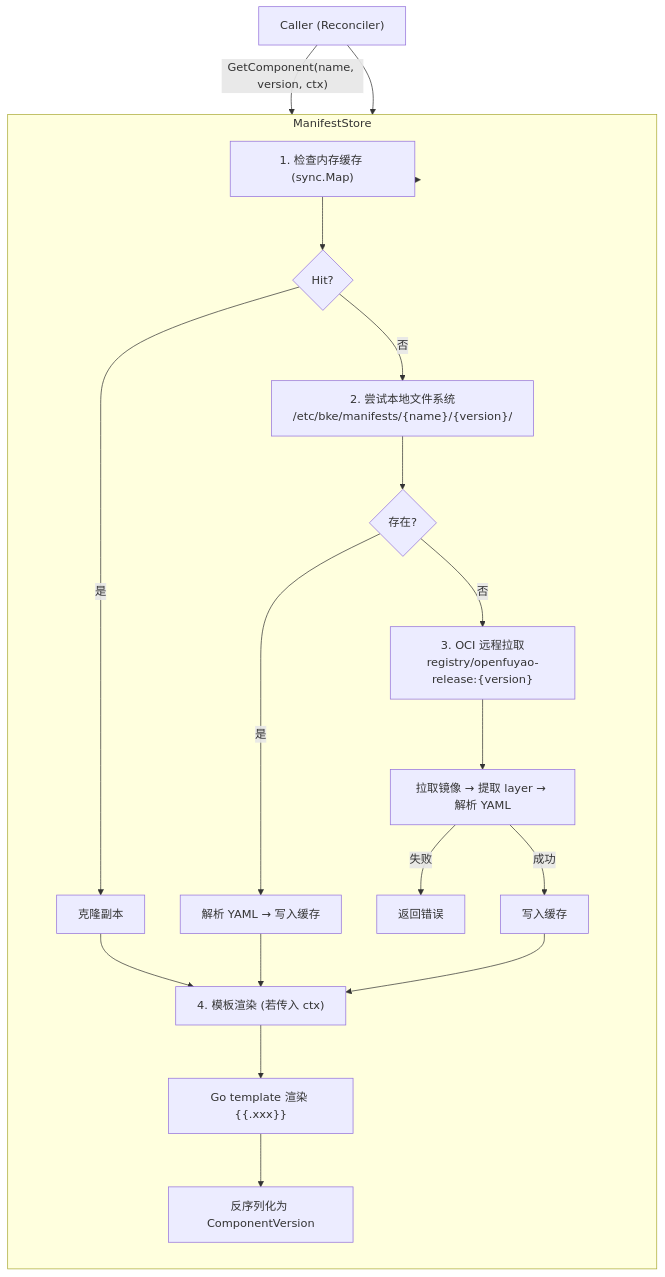
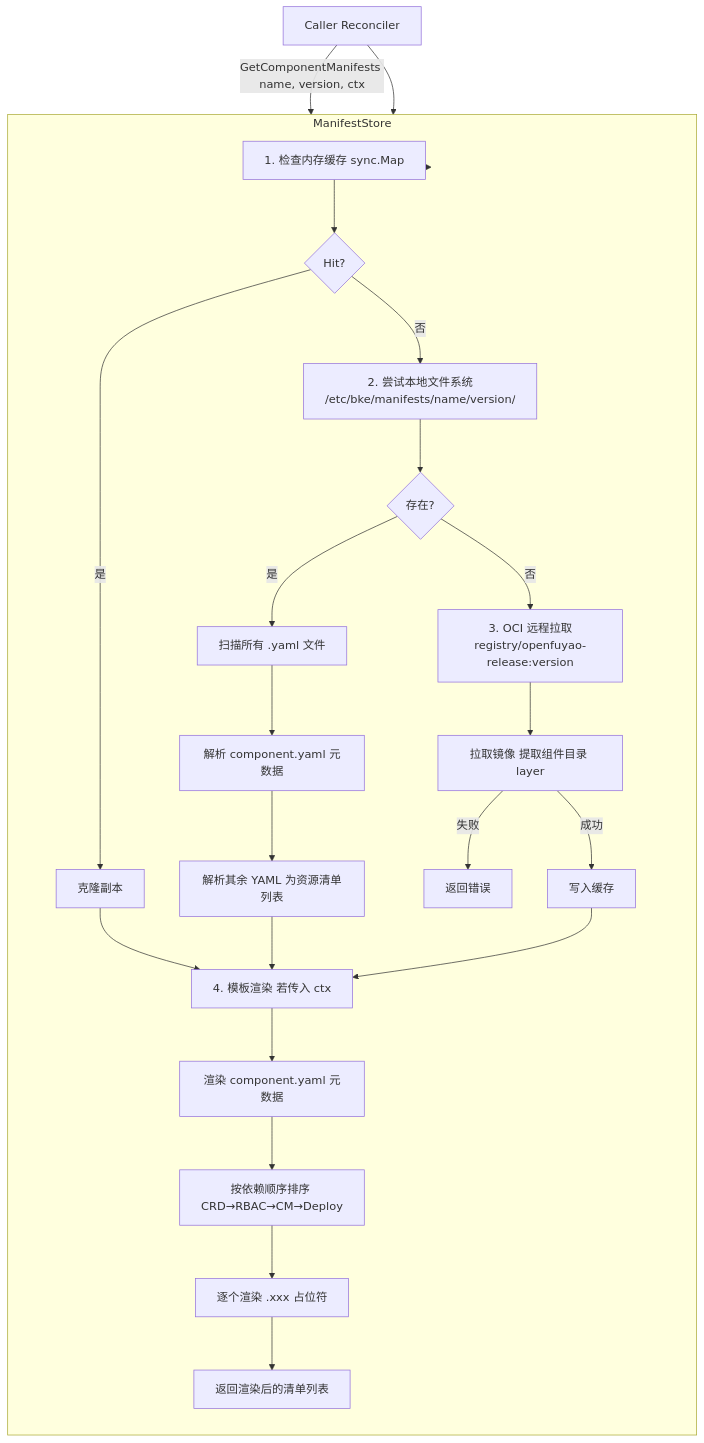
The third of 13 diagrams in code/kep/kep5/kep5-2.md (javadoors/cluster-api-provider-bke), drawn with Mermaid before and after one commit. The commit also changed other lines of this file and 2 other files, not shown here.

Commit message:
manifestStore

````diff
--- a/code/kep/kep5/kep5-2.md
+++ b/code/kep/kep5/kep5-2.md
@@ -585,34 +601,38 @@
 ```mermaid
 flowchart TD
-    Caller["Caller (Reconciler)"] -->|"GetComponent(name, version, ctx)"| MS["ManifestStore"]
+    Caller["Caller Reconciler"] -->|"GetComponentManifests name, version, ctx"| MS["ManifestStore"]
     
     subgraph MS["ManifestStore"]
         direction TB
-        Step1["1. 检查内存缓存 (sync.Map)"]
+        Step1["1. 检查内存缓存 sync.Map"]
         Hit{"Hit?"}
         Clone["克隆副本"]
         
-        Step2["2. 尝试本地文件系统<br/>/etc/bke/manifests/{name}/{version}/"]
+        Step2["2. 尝试本地文件系统<br/>/etc/bke/manifests/name/version/"]
         Exists{"存在?"}
-        ParseLocal["解析 YAML → 写入缓存"]
+        ScanFiles["扫描所有 .yaml 文件"]
+        ParseMeta["解析 component.yaml 元数据"]
+        ParseManifests["解析其余 YAML 为资源清单列表"]
         
-        Step3["3. OCI 远程拉取<br/>registry/openfuyao-release:{version}"]
-        PullOCI["拉取镜像 → 提取 layer → 解析 YAML"]
+        Step3["3. OCI 远程拉取<br/>registry/openfuyao-release:version"]
+        PullOCI["拉取镜像 提取组件目录 layer"]
         CacheOCI["写入缓存"]
         Fail["返回错误"]
         
-        Step4["4. 模板渲染 (若传入 ctx)"]
-        Render["Go template 渲染 {{.xxx}}"]
-        Unmarshal["反序列化为 ComponentVersion"]
+        Step4["4. 模板渲染 若传入 ctx"]
+        RenderMeta["渲染 component.yaml 元数据"]
+        SortManifests["按依赖顺序排序 CRD→RBAC→CM→Deploy"]
+        RenderFiles["逐个渲染 .xxx 占位符"]
+        Return["返回渲染后的清单列表"]
     end
     
     Caller --> MS
     MS --> Step1 --> Hit
     Hit -->|是| Clone --> Step4
     Hit -->|否| Step2 --> Exists
-    Exists -->|是| ParseLocal --> Step4
+    Exists -->|是| ScanFiles --> ParseMeta --> ParseManifests --> Step4
     Exists -->|否| Step3 --> PullOCI
     PullOCI -->|失败| Fail
     PullOCI -->|成功| CacheOCI --> Step4
-    Step4 --> Render --> Unmarshal
+    Step4 --> RenderMeta --> SortManifests --> RenderFiles --> Return
 ```
````
